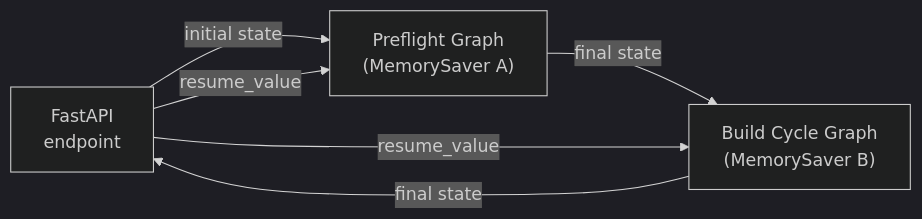
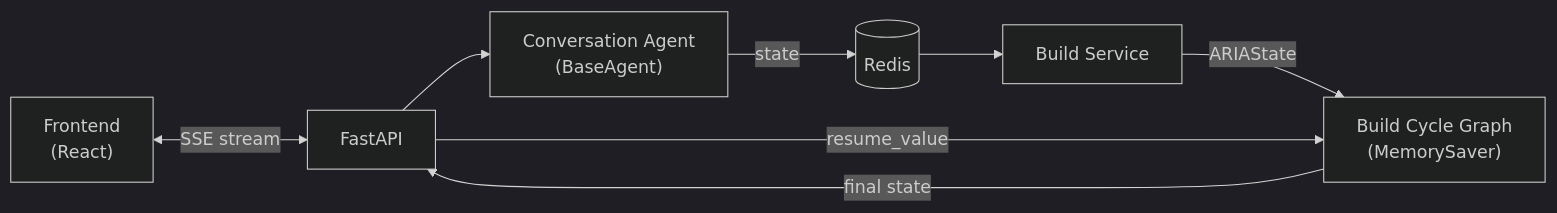
One commit to h19overflow/ARIA changed the second of 2 diagrams in src/agentic_system/README.md. Above: the diagram before and after it, drawn with Mermaid (dark theme). The commit also changed other lines of this file and 1 other file, not shown here.

````diff
--- a/src/agentic_system/README.md
+++ b/src/agentic_system/README.md
@@ -75,9 +78,10 @@
 ```mermaid
 flowchart LR
-    API["FastAPI\nendpoint"] -->|initial state| PFG["Preflight Graph\n(MemorySaver A)"]
-    PFG -->|final state| BCG["Build Cycle Graph\n(MemorySaver B)"]
+    FE["Frontend\n(React)"] <-->|SSE stream| API["FastAPI"]
+    API --> CA["Conversation Agent\n(BaseAgent)"]
+    CA -->|state| RD[(Redis)]
+    RD --> BS["Build Service"]
+    BS -->|ARIAState| BCG["Build Cycle Graph\n(MemorySaver)"]
     BCG -->|final state| API
-
-    API -->|resume_value| PFG
     API -->|resume_value| BCG
 ```
````
